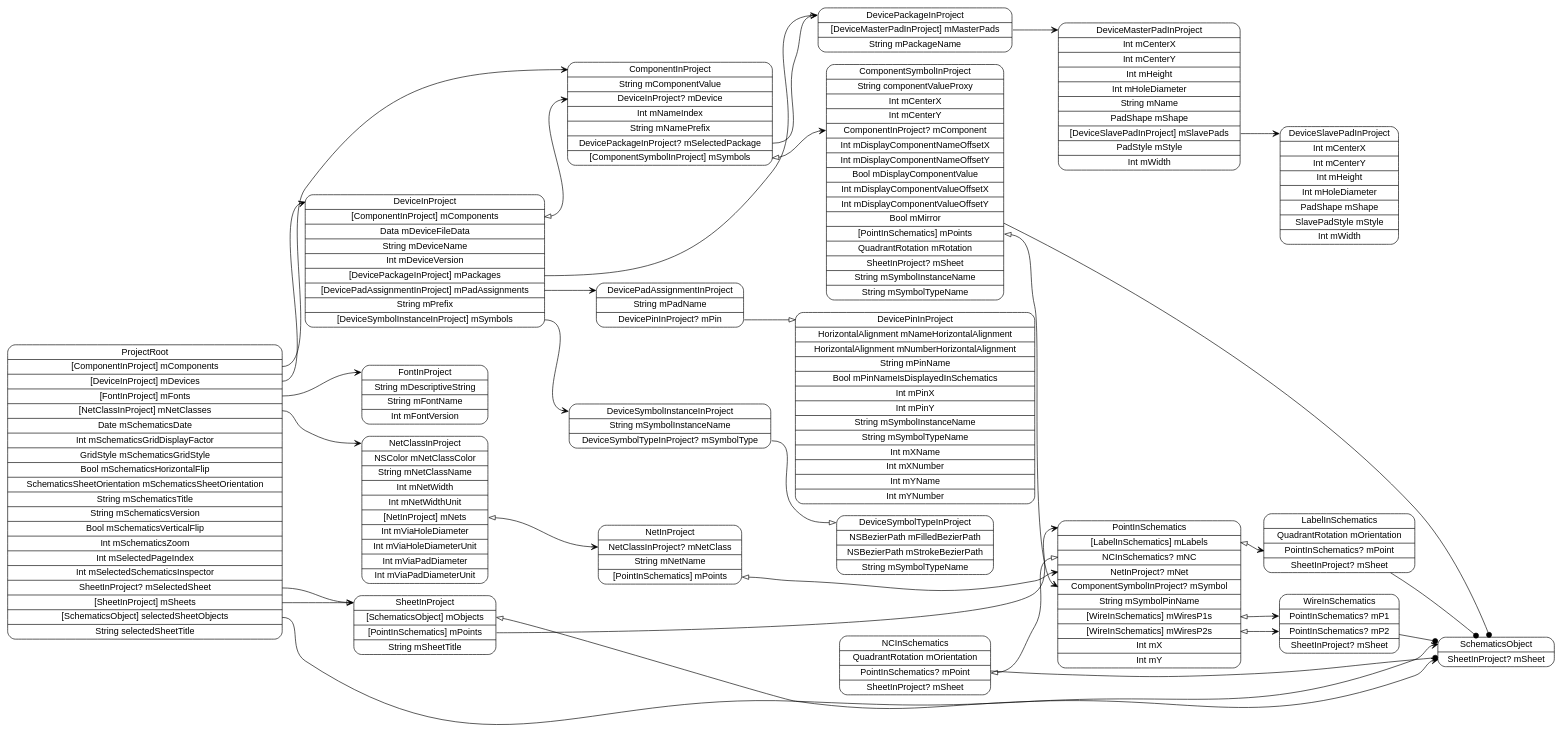
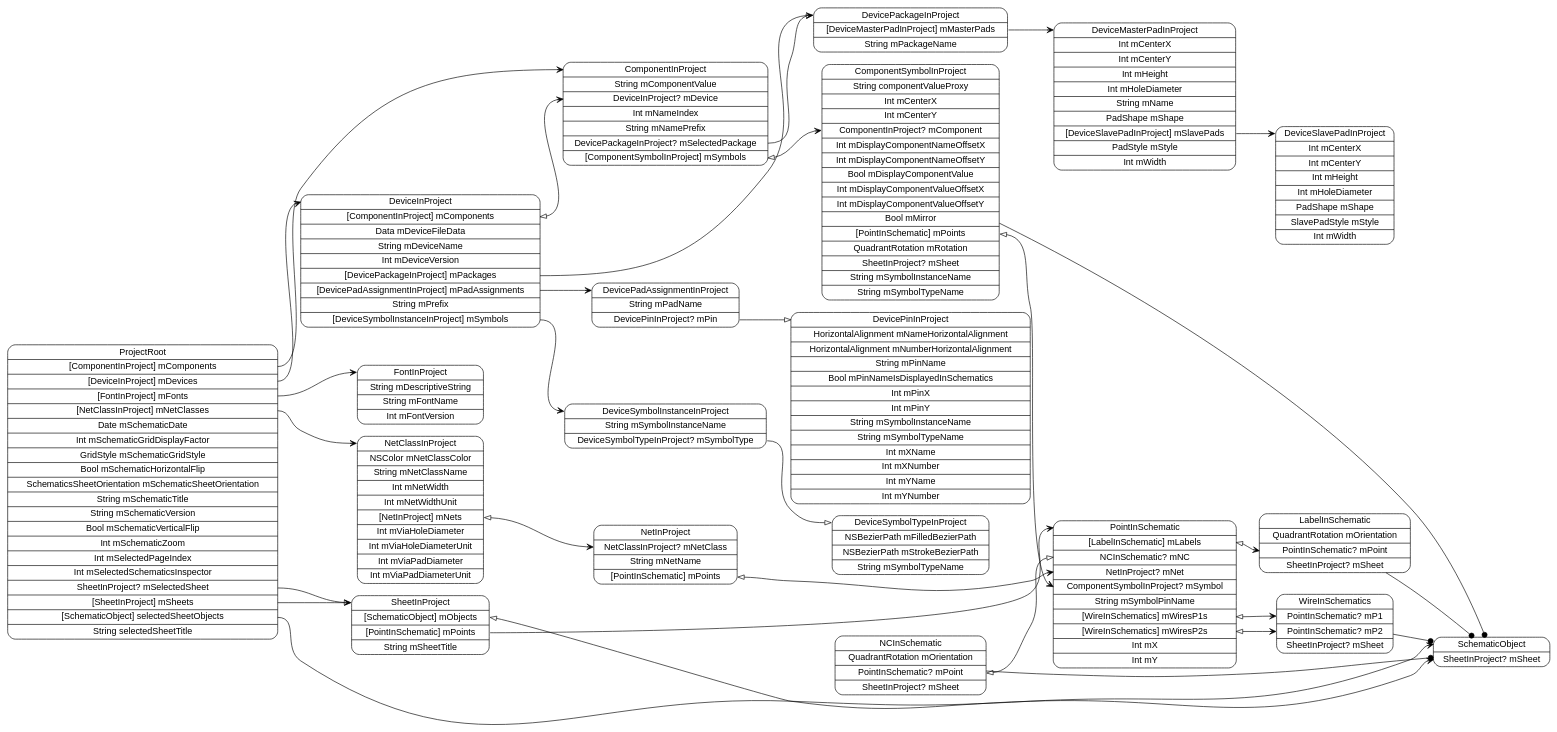
Before and after one commit to pierremolinaro/ElCanari-dev: the diagram in models/ProjectRoot.dot, drawn with Graphviz. The commit also changed 70 other files, not shown here.

Commit message:
Suite Schematic

```diff
--- a/models/ProjectRoot.dot
+++ b/models/ProjectRoot.dot
@@ -1,54 +1,54 @@
 digraph G {
   rankdir=LR ;
   node [shape=record fontname=helvetica style=rounded] ;
-  ProjectRoot[label="<ProjectRoot>ProjectRoot|<mComponents>[ComponentInProject] mComponents|<mDevices>[DeviceInProject] mDevices|<mFonts>[FontInProject] mFonts|<mNetClasses>[NetClassInProject] mNetClasses|Date mSchematicsDate|Int mSchematicsGridDisplayFactor|GridStyle mSchematicsGridStyle|Bool mSchematicsHorizontalFlip|SchematicsSheetOrientation mSchematicsSheetOrientation|String mSchematicsTitle|String mSchematicsVersion|Bool mSchematicsVerticalFlip|Int mSchematicsZoom|Int mSelectedPageIndex|Int mSelectedSchematicsInspector|<mSelectedSheet>SheetInProject? mSelectedSheet|<mSheets>[SheetInProject] mSheets|<selectedSheetObjects>[SchematicsObject] selectedSheetObjects|String selectedSheetTitle"] ;
-  SchematicsObject[label="<SchematicsObject>SchematicsObject|<mSheet>SheetInProject? mSheet"] ;
-  SheetInProject[label="<SheetInProject>SheetInProject|<mObjects>[SchematicsObject] mObjects|<mPoints>[PointInSchematics] mPoints|String mSheetTitle"] ;
-  PointInSchematics[label="<PointInSchematics>PointInSchematics|<mLabels>[LabelInSchematics] mLabels|<mNC>NCInSchematics? mNC|<mNet>NetInProject? mNet|<mSymbol>ComponentSymbolInProject? mSymbol|String mSymbolPinName|<mWiresP1s>[WireInSchematics] mWiresP1s|<mWiresP2s>[WireInSchematics] mWiresP2s|Int mX|Int mY"] ;
-  WireInSchematics[label="<WireInSchematics>WireInSchematics|<mP1>PointInSchematics? mP1|<mP2>PointInSchematics? mP2|<mSheet>SheetInProject? mSheet"] ;
-  NCInSchematics[label="<NCInSchematics>NCInSchematics|QuadrantRotation mOrientation|<mPoint>PointInSchematics? mPoint|<mSheet>SheetInProject? mSheet"] ;
-  LabelInSchematics[label="<LabelInSchematics>LabelInSchematics|QuadrantRotation mOrientation|<mPoint>PointInSchematics? mPoint|<mSheet>SheetInProject? mSheet"] ;
+  ProjectRoot[label="<ProjectRoot>ProjectRoot|<mComponents>[ComponentInProject] mComponents|<mDevices>[DeviceInProject] mDevices|<mFonts>[FontInProject] mFonts|<mNetClasses>[NetClassInProject] mNetClasses|Date mSchematicDate|Int mSchematicGridDisplayFactor|GridStyle mSchematicGridStyle|Bool mSchematicHorizontalFlip|SchematicsSheetOrientation mSchematicSheetOrientation|String mSchematicTitle|String mSchematicVersion|Bool mSchematicVerticalFlip|Int mSchematicZoom|Int mSelectedPageIndex|Int mSelectedSchematicsInspector|<mSelectedSheet>SheetInProject? mSelectedSheet|<mSheets>[SheetInProject] mSheets|<selectedSheetObjects>[SchematicObject] selectedSheetObjects|String selectedSheetTitle"] ;
+  SchematicObject[label="<SchematicObject>SchematicObject|<mSheet>SheetInProject? mSheet"] ;
+  SheetInProject[label="<SheetInProject>SheetInProject|<mObjects>[SchematicObject] mObjects|<mPoints>[PointInSchematic] mPoints|String mSheetTitle"] ;
+  PointInSchematic[label="<PointInSchematic>PointInSchematic|<mLabels>[LabelInSchematic] mLabels|<mNC>NCInSchematic? mNC|<mNet>NetInProject? mNet|<mSymbol>ComponentSymbolInProject? mSymbol|String mSymbolPinName|<mWiresP1s>[WireInSchematics] mWiresP1s|<mWiresP2s>[WireInSchematics] mWiresP2s|Int mX|Int mY"] ;
+  WireInSchematics[label="<WireInSchematics>WireInSchematics|<mP1>PointInSchematic? mP1|<mP2>PointInSchematic? mP2|<mSheet>SheetInProject? mSheet"] ;
+  NCInSchematic[label="<NCInSchematic>NCInSchematic|QuadrantRotation mOrientation|<mPoint>PointInSchematic? mPoint|<mSheet>SheetInProject? mSheet"] ;
+  LabelInSchematic[label="<LabelInSchematic>LabelInSchematic|QuadrantRotation mOrientation|<mPoint>PointInSchematic? mPoint|<mSheet>SheetInProject? mSheet"] ;
   NetClassInProject[label="<NetClassInProject>NetClassInProject|NSColor mNetClassColor|String mNetClassName|Int mNetWidth|Int mNetWidthUnit|<mNets>[NetInProject] mNets|Int mViaHoleDiameter|Int mViaHoleDiameterUnit|Int mViaPadDiameter|Int mViaPadDiameterUnit"] ;
-  NetInProject[label="<NetInProject>NetInProject|<mNetClass>NetClassInProject? mNetClass|String mNetName|<mPoints>[PointInSchematics] mPoints"] ;
+  NetInProject[label="<NetInProject>NetInProject|<mNetClass>NetClassInProject? mNetClass|String mNetName|<mPoints>[PointInSchematic] mPoints"] ;
   FontInProject[label="<FontInProject>FontInProject|String mDescriptiveString|String mFontName|Int mFontVersion"] ;
   DeviceInProject[label="<DeviceInProject>DeviceInProject|<mComponents>[ComponentInProject] mComponents|Data mDeviceFileData|String mDeviceName|Int mDeviceVersion|<mPackages>[DevicePackageInProject] mPackages|<mPadAssignments>[DevicePadAssignmentInProject] mPadAssignments|String mPrefix|<mSymbols>[DeviceSymbolInstanceInProject] mSymbols"] ;
   DeviceSymbolInstanceInProject[label="<DeviceSymbolInstanceInProject>DeviceSymbolInstanceInProject|String mSymbolInstanceName|<mSymbolType>DeviceSymbolTypeInProject? mSymbolType"] ;
   DeviceSymbolTypeInProject[label="<DeviceSymbolTypeInProject>DeviceSymbolTypeInProject|NSBezierPath mFilledBezierPath|NSBezierPath mStrokeBezierPath|String mSymbolTypeName"] ;
   DevicePadAssignmentInProject[label="<DevicePadAssignmentInProject>DevicePadAssignmentInProject|String mPadName|<mPin>DevicePinInProject? mPin"] ;
   DevicePinInProject[label="<DevicePinInProject>DevicePinInProject|HorizontalAlignment mNameHorizontalAlignment|HorizontalAlignment mNumberHorizontalAlignment|String mPinName|Bool mPinNameIsDisplayedInSchematics|Int mPinX|Int mPinY|String mSymbolInstanceName|String mSymbolTypeName|Int mXName|Int mXNumber|Int mYName|Int mYNumber"] ;
   DevicePackageInProject[label="<DevicePackageInProject>DevicePackageInProject|<mMasterPads>[DeviceMasterPadInProject] mMasterPads|String mPackageName"] ;
   DeviceMasterPadInProject[label="<DeviceMasterPadInProject>DeviceMasterPadInProject|Int mCenterX|Int mCenterY|Int mHeight|Int mHoleDiameter|String mName|PadShape mShape|<mSlavePads>[DeviceSlavePadInProject] mSlavePads|PadStyle mStyle|Int mWidth"] ;
   DeviceSlavePadInProject[label="<DeviceSlavePadInProject>DeviceSlavePadInProject|Int mCenterX|Int mCenterY|Int mHeight|Int mHoleDiameter|PadShape mShape|SlavePadStyle mStyle|Int mWidth"] ;
   ComponentInProject[label="<ComponentInProject>ComponentInProject|String mComponentValue|<mDevice>DeviceInProject? mDevice|Int mNameIndex|String mNamePrefix|<mSelectedPackage>DevicePackageInProject? mSelectedPackage|<mSymbols>[ComponentSymbolInProject] mSymbols"] ;
-  ComponentSymbolInProject[label="<ComponentSymbolInProject>ComponentSymbolInProject|String componentValueProxy|Int mCenterX|Int mCenterY|<mComponent>ComponentInProject? mComponent|Int mDisplayComponentNameOffsetX|Int mDisplayComponentNameOffsetY|Bool mDisplayComponentValue|Int mDisplayComponentValueOffsetX|Int mDisplayComponentValueOffsetY|Bool mMirror|<mPoints>[PointInSchematics] mPoints|QuadrantRotation mRotation|<mSheet>SheetInProject? mSheet|String mSymbolInstanceName|String mSymbolTypeName"] ;
+  ComponentSymbolInProject[label="<ComponentSymbolInProject>ComponentSymbolInProject|String componentValueProxy|Int mCenterX|Int mCenterY|<mComponent>ComponentInProject? mComponent|Int mDisplayComponentNameOffsetX|Int mDisplayComponentNameOffsetY|Bool mDisplayComponentValue|Int mDisplayComponentValueOffsetX|Int mDisplayComponentValueOffsetY|Bool mMirror|<mPoints>[PointInSchematic] mPoints|QuadrantRotation mRotation|<mSheet>SheetInProject? mSheet|String mSymbolInstanceName|String mSymbolTypeName"] ;
   ProjectRoot:mComponents -> ComponentInProject:ComponentInProject [dir=both arrowtail=none arrowhead=vee] ;
   ProjectRoot:mDevices -> DeviceInProject:DeviceInProject [dir=both arrowtail=none arrowhead=vee] ;
   ProjectRoot:mFonts -> FontInProject:FontInProject [dir=both arrowtail=none arrowhead=vee] ;
   ProjectRoot:mNetClasses -> NetClassInProject:NetClassInProject [dir=both arrowtail=none arrowhead=vee] ;
   ProjectRoot:mSelectedSheet -> SheetInProject:SheetInProject [dir=both arrowtail=none arrowhead=onormal] ;
   ProjectRoot:mSheets -> SheetInProject:SheetInProject [dir=both arrowtail=none arrowhead=vee] ;
-  ProjectRoot:selectedSheetObjects -> SchematicsObject:SchematicsObject [dir=both arrowtail=none arrowhead=vee] ;
-  SheetInProject:mObjects -> SchematicsObject:mSheet [dir=both arrowtail=onormal arrowhead=vee] ;
-  SheetInProject:mPoints -> PointInSchematics:PointInSchematics [dir=both arrowtail=none arrowhead=vee] ;
-  PointInSchematics:mLabels -> LabelInSchematics:mPoint [dir=both arrowtail=onormal arrowhead=vee] ;
-  PointInSchematics:mWiresP1s -> WireInSchematics:mP1 [dir=both arrowtail=onormal arrowhead=vee] ;
-  PointInSchematics:mWiresP2s -> WireInSchematics:mP2 [dir=both arrowtail=onormal arrowhead=vee] ;
-  WireInSchematics -> SchematicsObject [arrowhead=dot] ;
-  NCInSchematics -> SchematicsObject [arrowhead=dot] ;
-  NCInSchematics:mPoint -> PointInSchematics:mNC [dir=both arrowtail=onormal arrowhead=onormal] ;
-  LabelInSchematics -> SchematicsObject [arrowhead=dot] ;
+  ProjectRoot:selectedSheetObjects -> SchematicObject:SchematicObject [dir=both arrowtail=none arrowhead=vee] ;
+  SheetInProject:mObjects -> SchematicObject:mSheet [dir=both arrowtail=onormal arrowhead=vee] ;
+  SheetInProject:mPoints -> PointInSchematic:PointInSchematic [dir=both arrowtail=none arrowhead=vee] ;
+  PointInSchematic:mLabels -> LabelInSchematic:mPoint [dir=both arrowtail=onormal arrowhead=vee] ;
+  PointInSchematic:mWiresP1s -> WireInSchematics:mP1 [dir=both arrowtail=onormal arrowhead=vee] ;
+  PointInSchematic:mWiresP2s -> WireInSchematics:mP2 [dir=both arrowtail=onormal arrowhead=vee] ;
+  WireInSchematics -> SchematicObject [arrowhead=dot] ;
+  NCInSchematic -> SchematicObject [arrowhead=dot] ;
+  NCInSchematic:mPoint -> PointInSchematic:mNC [dir=both arrowtail=onormal arrowhead=onormal] ;
+  LabelInSchematic -> SchematicObject [arrowhead=dot] ;
   NetClassInProject:mNets -> NetInProject:mNetClass [dir=both arrowtail=onormal arrowhead=vee] ;
-  NetInProject:mPoints -> PointInSchematics:mNet [dir=both arrowtail=onormal arrowhead=vee] ;
+  NetInProject:mPoints -> PointInSchematic:mNet [dir=both arrowtail=onormal arrowhead=vee] ;
   DeviceInProject:mComponents -> ComponentInProject:mDevice [dir=both arrowtail=onormal arrowhead=vee] ;
   DeviceInProject:mPackages -> DevicePackageInProject:DevicePackageInProject [dir=both arrowtail=none arrowhead=vee] ;
   DeviceInProject:mPadAssignments -> DevicePadAssignmentInProject:DevicePadAssignmentInProject [dir=both arrowtail=none arrowhead=vee] ;
   DeviceInProject:mSymbols -> DeviceSymbolInstanceInProject:DeviceSymbolInstanceInProject [dir=both arrowtail=none arrowhead=vee] ;
   DeviceSymbolInstanceInProject:mSymbolType -> DeviceSymbolTypeInProject:DeviceSymbolTypeInProject [dir=both arrowtail=none arrowhead=onormal] ;
   DevicePadAssignmentInProject:mPin -> DevicePinInProject:DevicePinInProject [dir=both arrowtail=none arrowhead=onormal] ;
   DevicePackageInProject:mMasterPads -> DeviceMasterPadInProject:DeviceMasterPadInProject [dir=both arrowtail=none arrowhead=vee] ;
   DeviceMasterPadInProject:mSlavePads -> DeviceSlavePadInProject:DeviceSlavePadInProject [dir=both arrowtail=none arrowhead=vee] ;
   ComponentInProject:mSelectedPackage -> DevicePackageInProject:DevicePackageInProject [dir=both arrowtail=none arrowhead=onormal] ;
   ComponentInProject:mSymbols -> ComponentSymbolInProject:mComponent [dir=both arrowtail=onormal arrowhead=vee] ;
-  ComponentSymbolInProject -> SchematicsObject [arrowhead=dot] ;
-  ComponentSymbolInProject:mPoints -> PointInSchematics:mSymbol [dir=both arrowtail=onormal arrowhead=vee] ;
+  ComponentSymbolInProject -> SchematicObject [arrowhead=dot] ;
+  ComponentSymbolInProject:mPoints -> PointInSchematic:mSymbol [dir=both arrowtail=onormal arrowhead=vee] ;
 }
```
